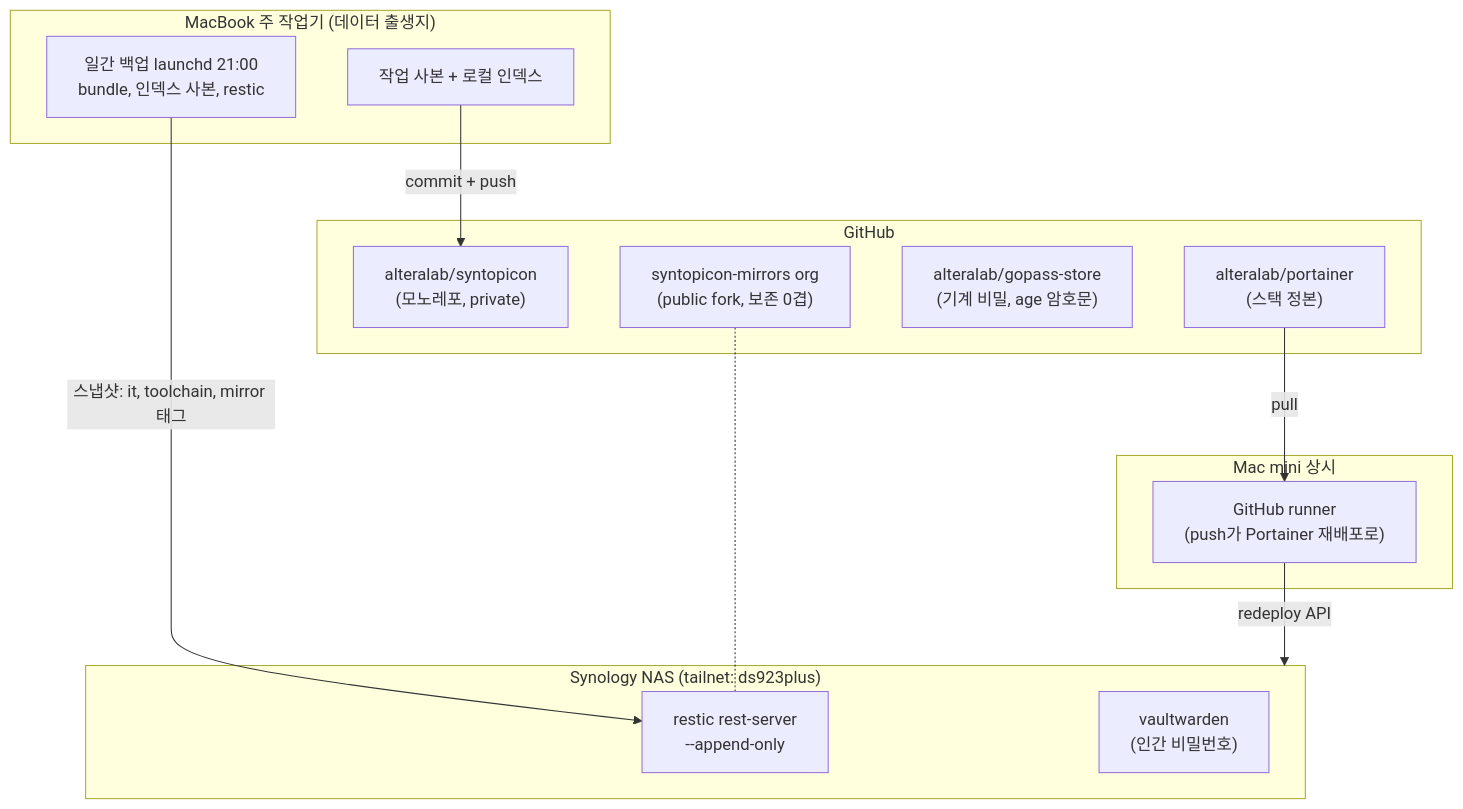
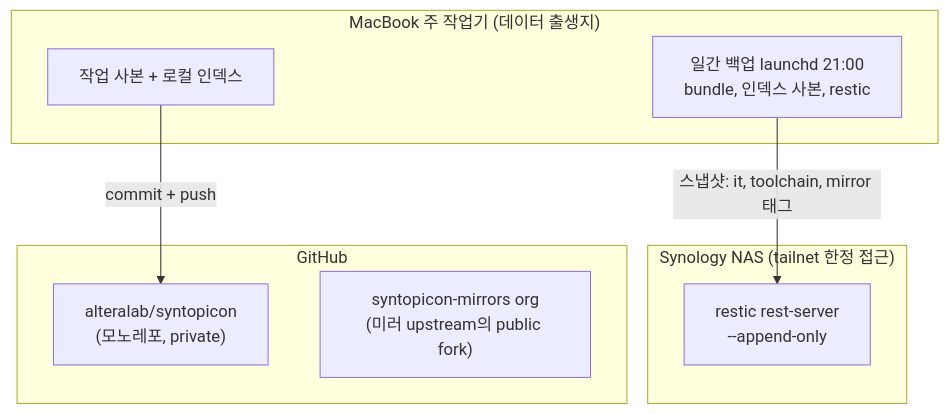
One commit to alteralab/syntopicon changed the fourth of 4 diagrams in README.md. Above: the diagram before and after it, drawn with Mermaid. The commit also changed other lines of this file, not shown here.

````diff
--- a/README.md
+++ b/README.md
@@ -92,29 +92,19 @@
 ```mermaid
 flowchart TB
     subgraph MAC["MacBook 주 작업기 (데이터 출생지)"]
         WORK["작업 사본 + 로컬 인덱스"]
         BK["일간 백업 launchd 21:00<br/>bundle, 인덱스 사본, restic"]
     end
 
-    subgraph MINI["Mac mini 상시"]
-        RUN["GitHub runner<br/>(push가 Portainer 재배포로)"]
-    end
-
-    subgraph NAS["Synology NAS (tailnet: ds923plus)"]
+    subgraph NAS["Synology NAS (tailnet 한정 접근)"]
         REST["restic rest-server<br/>--append-only"]
-        VW["vaultwarden<br/>(인간 비밀번호)"]
     end
 
     subgraph GH["GitHub"]
         MONO["alteralab/syntopicon<br/>(모노레포, private)"]
-        PORT["alteralab/portainer<br/>(스택 정본)"]
-        GS["alteralab/gopass-store<br/>(기계 비밀, age 암호문)"]
-        FORK["syntopicon-mirrors org<br/>(public fork, 보존 0겹)"]
+        FORK["syntopicon-mirrors org<br/>(미러 upstream의 public fork)"]
     end
 
     WORK -- "commit + push" --> MONO
     BK -- "스냅샷: it, toolchain, mirror 태그" --> REST
-    PORT -- "pull" --> RUN
-    RUN -- "redeploy API" --> NAS
-    FORK -.- REST
 ```
````
